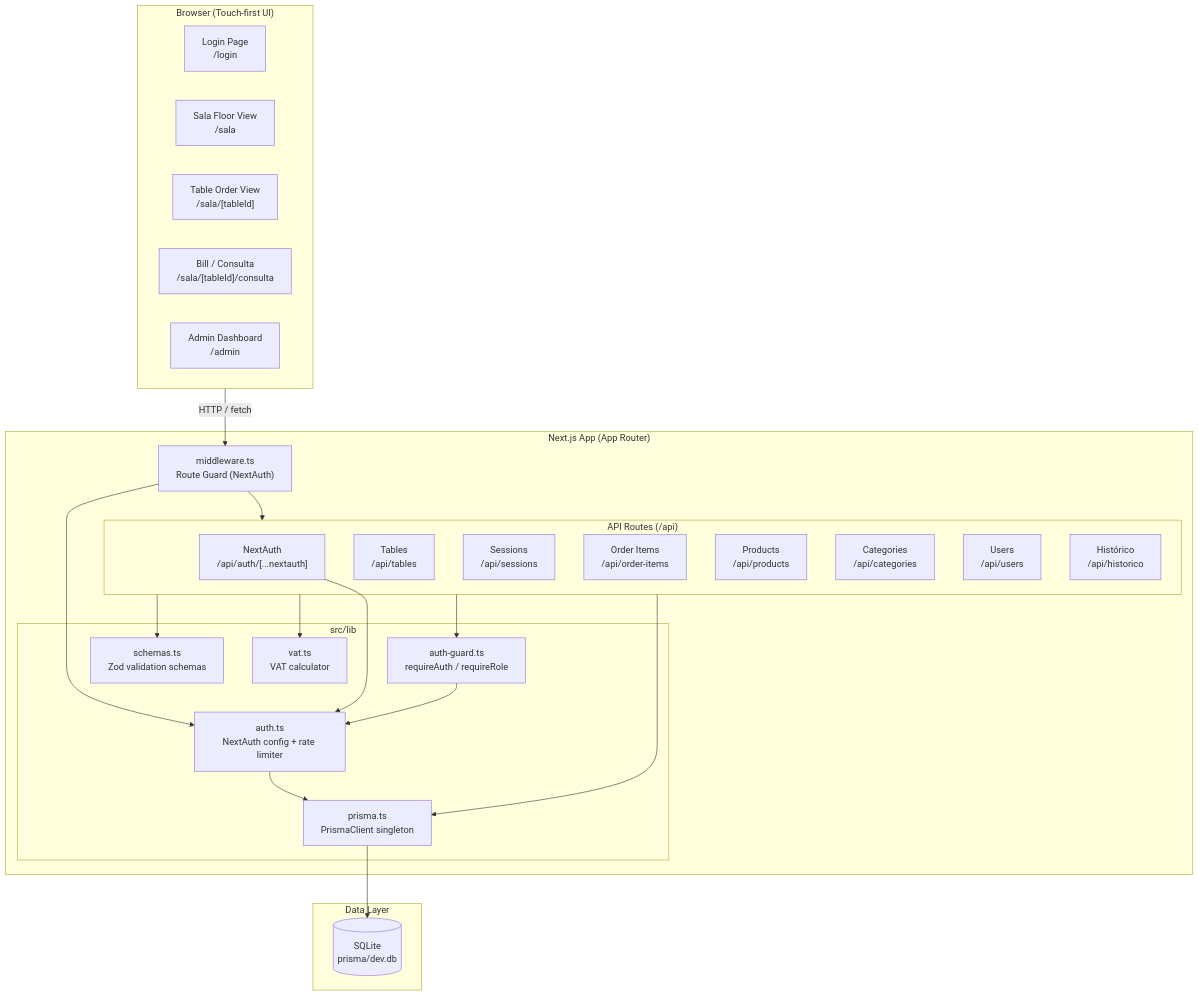
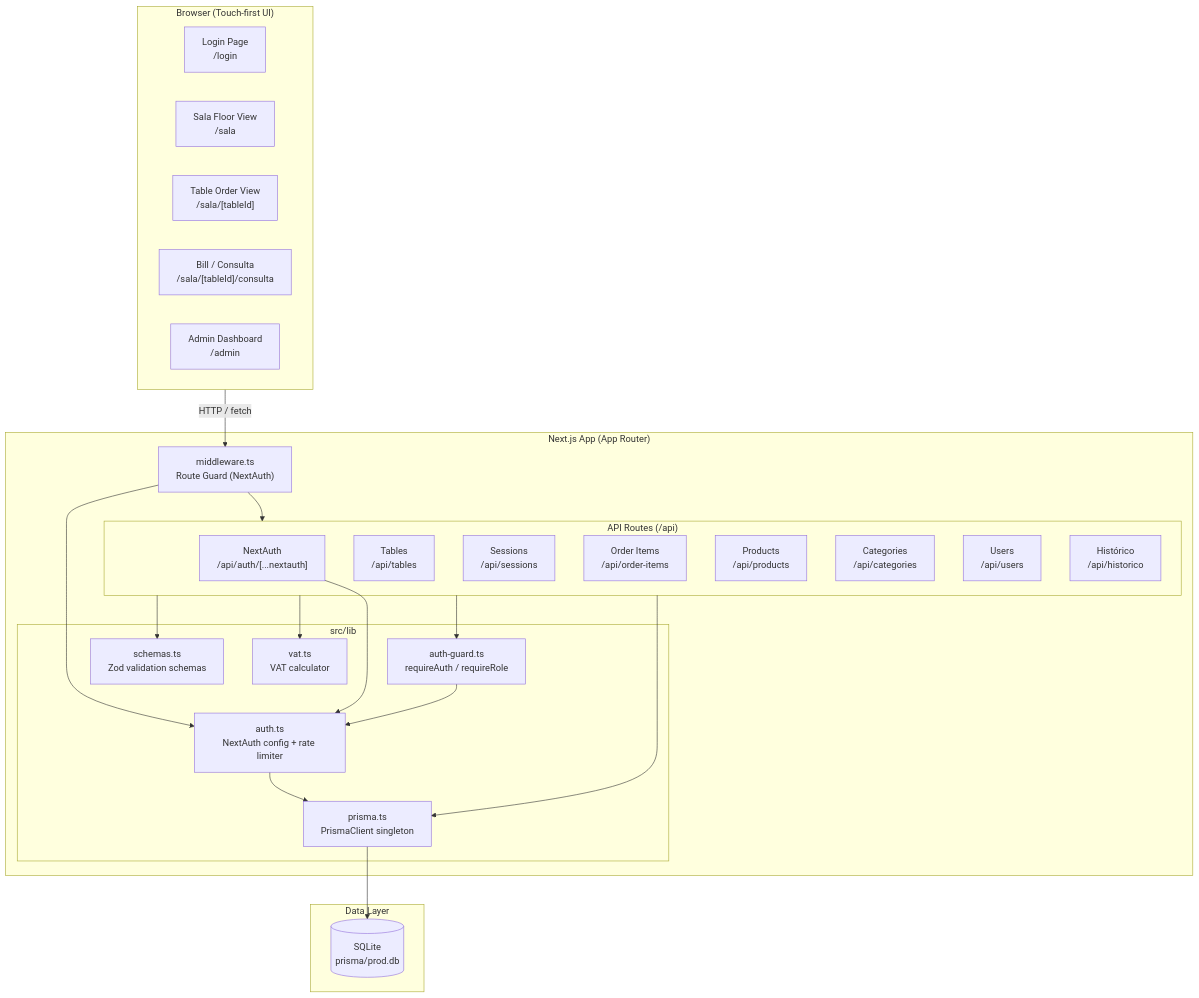
The diagram in docs/diagrams/component.md (goncalovalverde/checkmesa), drawn with Mermaid before and after one commit. The commit also changed 4 other files, not shown here.

First line of the commit message:
refactor: rename database file from dev.db to prod.db in production

````diff
--- a/docs/diagrams/component.md
+++ b/docs/diagrams/component.md
@@ -5,49 +5,49 @@
 ```mermaid
 graph TD
     subgraph Browser["Browser (Touch-first UI)"]
         UI_Login["Login Page\n/login"]
         UI_Sala["Sala Floor View\n/sala"]
         UI_Table["Table Order View\n/sala/[tableId]"]
         UI_Consulta["Bill / Consulta\n/sala/[tableId]/consulta"]
         UI_Admin["Admin Dashboard\n/admin"]
     end
 
     subgraph NextJS["Next.js App (App Router)"]
         Middleware["middleware.ts\nRoute Guard (NextAuth)"]
 
         subgraph API["API Routes (/api)"]
             API_Auth["NextAuth\n/api/auth/[...nextauth]"]
             API_Tables["Tables\n/api/tables"]
             API_Sessions["Sessions\n/api/sessions"]
             API_OrderItems["Order Items\n/api/order-items"]
             API_Products["Products\n/api/products"]
             API_Categories["Categories\n/api/categories"]
             API_Users["Users\n/api/users"]
             API_Historico["Histórico\n/api/historico"]
         end
 
         subgraph Lib["src/lib"]
             Auth["auth.ts\nNextAuth config + rate limiter"]
             AuthGuard["auth-guard.ts\nrequireAuth / requireRole"]
             Schemas["schemas.ts\nZod validation schemas"]
             Prisma["prisma.ts\nPrismaClient singleton"]
             VAT["vat.ts\nVAT calculator"]
         end
     end
 
     subgraph Data["Data Layer"]
-        SQLite[("SQLite\nprisma/dev.db")]
+        SQLite[("SQLite\nprisma/prod.db")]
     end
 
     Browser -->|HTTP / fetch| Middleware
     Middleware --> API
     Middleware --> Auth
     API_Auth --> Auth
     Auth --> Prisma
     API --> AuthGuard
     AuthGuard --> Auth
     API --> Schemas
     API --> Prisma
     API --> VAT
     Prisma --> SQLite
 ```
````
